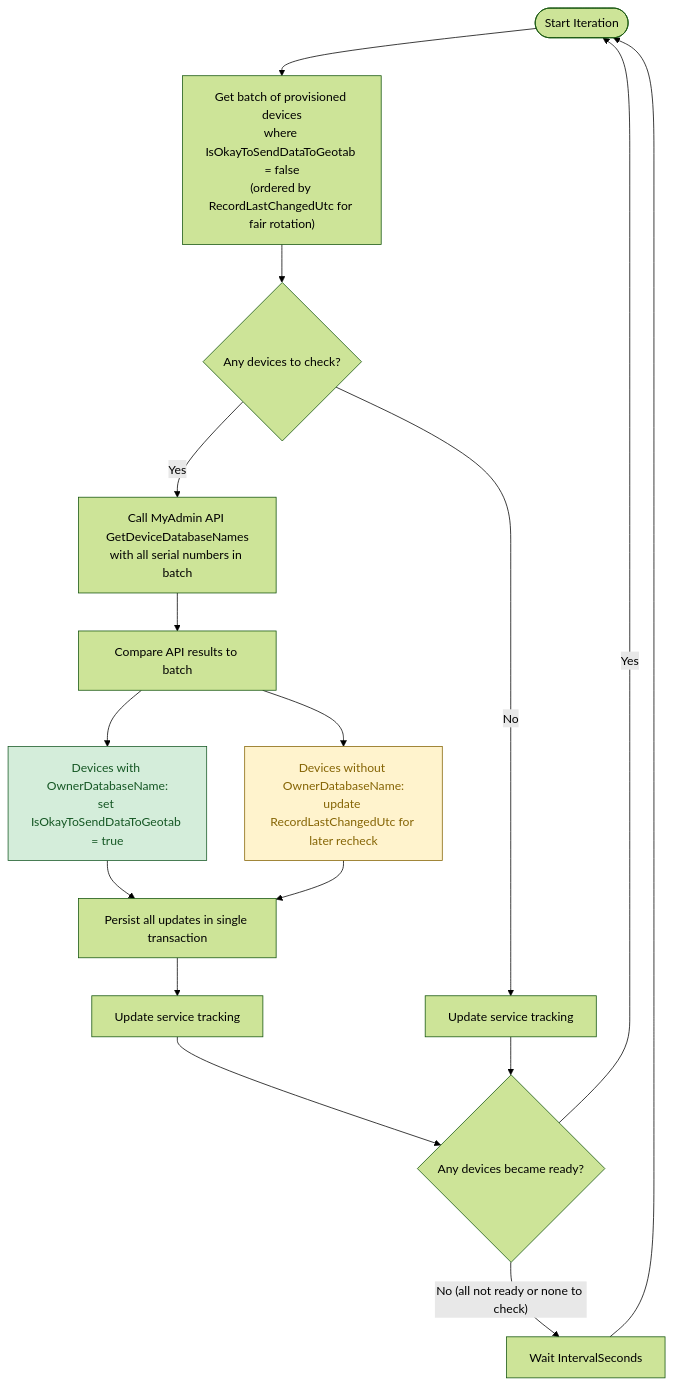
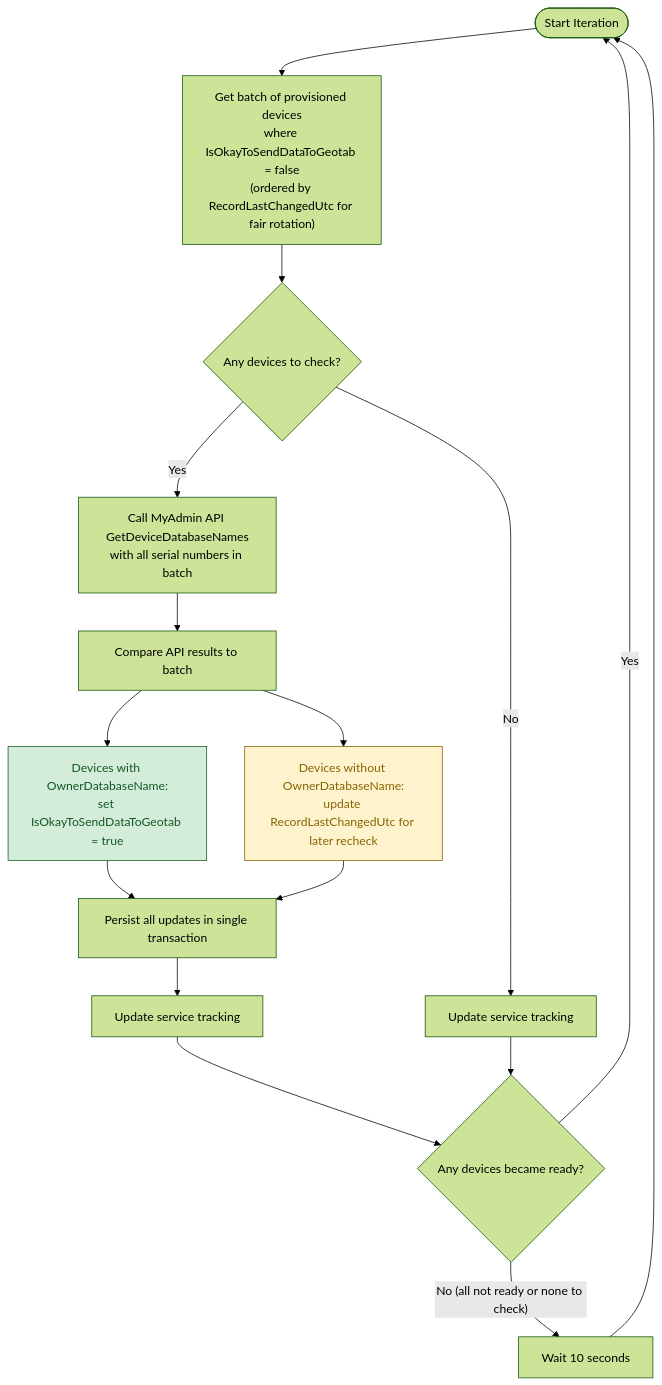
The seventh of 9 diagrams in GeotabDIGAdapter/README.md (Geotab/mygeotab-api-adapter), drawn with Mermaid (forest theme) before and after one commit. The commit also changed other lines of this file and 166 other files, not shown here.

````diff
--- a/GeotabDIGAdapter/README.md
+++ b/GeotabDIGAdapter/README.md
@@ -359,21 +1045,21 @@
 ```mermaid
 flowchart TD
     Start([Start Iteration]) --> Query["Get batch of provisioned devices<br/>where IsOkayToSendDataToGeotab = false<br/>(ordered by RecordLastChangedUtc for fair rotation)"]
     Query --> HasDevices{Any devices to check?}
     HasDevices -- No --> Track1[Update service tracking]
     HasDevices -- Yes --> API[Call MyAdmin API GetDeviceDatabaseNames<br/>with all serial numbers in batch]
     API --> Compare[Compare API results to batch]
     Compare --> Ready[Devices with OwnerDatabaseName:<br/>set IsOkayToSendDataToGeotab = true]
     Compare --> NotReady[Devices without OwnerDatabaseName:<br/>update RecordLastChangedUtc for later recheck]
     Ready --> Persist[Persist all updates in single transaction]
     NotReady --> Persist
     Persist --> Track2[Update service tracking]
     Track2 --> Check{Any devices became ready?}
     Track1 --> Check
     Check -- Yes --> Start
-    Check -- "No (all not ready or none to check)" --> Wait[Wait IntervalSeconds]
+    Check -- "No (all not ready or none to check)" --> Wait[Wait 10 seconds]
     Wait --> Start
 
     style Ready fill:#d4edda,stroke:#155724,color:#155724
     style NotReady fill:#fff3cd,stroke:#856404,color:#856404
 ```
````
